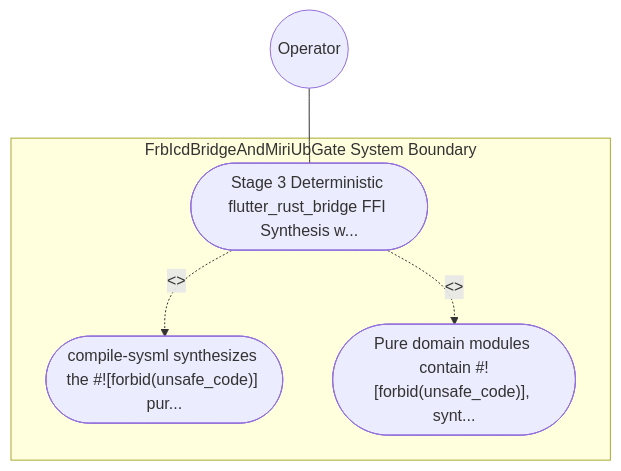
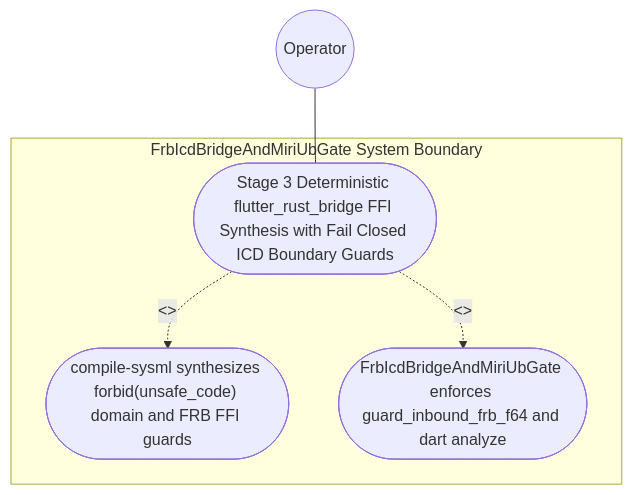
One commit to gintatkinson/DEAP01-spec-core changed the first of 2 diagrams in .pipeline/upstream/docs/use-cases/UC-48-Stage_3_Deterministic_flutter_rust_bridge_FFI_Synthesis_with_Fail_Closed_ICD_Boundary_Guards.md. Above: the diagram before and after it, drawn with Mermaid. The commit also changed other lines of this file and 225 other files, not shown here.

````diff
--- a/.pipeline/upstream/docs/use-cases/UC-48-Stage_3_Deterministic_flutter_rust_bridge_FFI_Synthesis_with_Fail_Closed_ICD_Boundary_Guards.md
+++ b/.pipeline/upstream/docs/use-cases/UC-48-Stage_3_Deterministic_flutter_rust_bridge_FFI_Synthesis_with_Fail_Closed_ICD_Boundary_Guards.md
@@ -16,11 +19,11 @@
 ```mermaid
 graph TD
     subgraph "FrbIcdBridgeAndMiriUbGate System Boundary"
-        UC_Main(["Stage 3 Deterministic flutter_rust_bridge FFI Synthesis w..."])
-        UC_Step01(["compile-sysml synthesizes the #![forbid(unsafe_code)] pur..."])
-        UC_Step02(["Pure domain modules contain #![forbid(unsafe_code)], synt..."])
+        UC_Main(["Stage 3 Deterministic flutter_rust_bridge FFI Synthesis with Fail Closed ICD Boundary Guards"])
+        UC_Step01(["compile-sysml synthesizes forbid(unsafe_code) domain and FRB FFI guards"])
+        UC_Step02(["FrbIcdBridgeAndMiriUbGate enforces guard_inbound_frb_f64 and dart analyze"])
     end
     Operator(("Operator")) --- UC_Main
     UC_Main -. "<<include>>" .-> UC_Step01
     UC_Main -. "<<include>>" .-> UC_Step02
 ```
````
